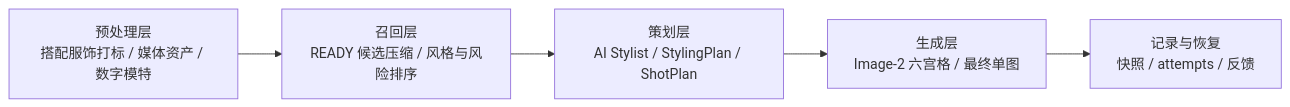
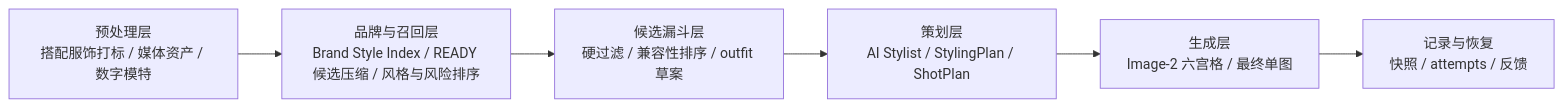
One commit to happyvchen/ruyi-dream changed the diagram in design/01_generation_flow/generation_responsibility_matrix.md. Above: the diagram before and after it, drawn with Mermaid. The commit also changed other lines of this file and 14 other files, not shown here.

````diff
--- a/design/01_generation_flow/generation_responsibility_matrix.md
+++ b/design/01_generation_flow/generation_responsibility_matrix.md
@@ -55,7 +59,8 @@
 ```mermaid
 flowchart LR
-  A["预处理层<br/>搭配服饰打标 / 媒体资产 / 数字模特"] --> B["召回层<br/>READY 候选压缩 / 风格与风险排序"]
-  B --> C["策划层<br/>AI Stylist / StylingPlan / ShotPlan"]
-  C --> D["生成层<br/>Image-2 六宫格 / 最终单图"]
+  A["预处理层<br/>搭配服饰打标 / 媒体资产 / 数字模特"] --> B["品牌与召回层<br/>Brand Style Index / READY 候选压缩 / 风格与风险排序"]
+  B --> C["候选漏斗层<br/>硬过滤 / 兼容性排序 / outfit 草案"]
+  C --> D0["策划层<br/>AI Stylist / StylingPlan / ShotPlan"]
+  D0 --> D["生成层<br/>Image-2 六宫格 / 最终单图"]
   D --> E["记录与恢复<br/>快照 / attempts / 反馈"]
 ```
````
